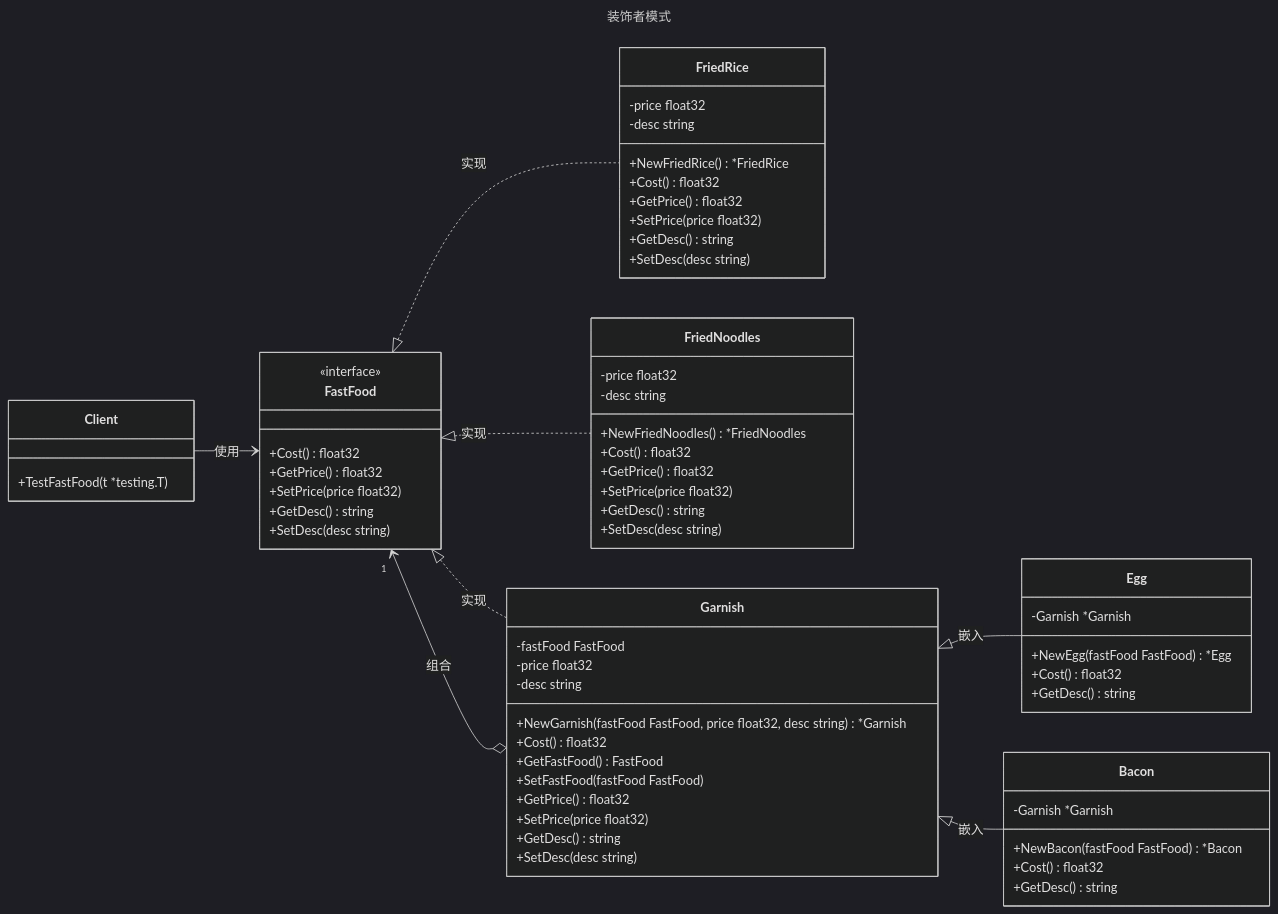
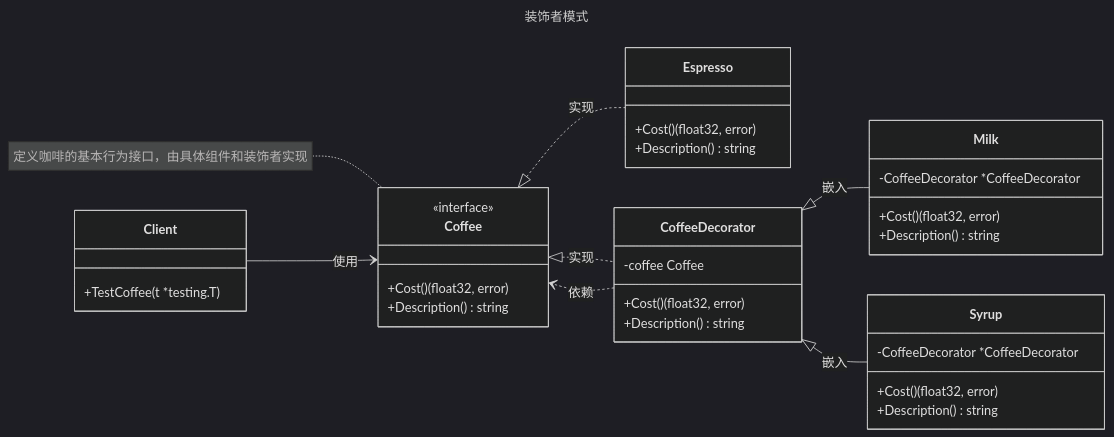
One commit to magicgopher/magicgopher-blog changed the diagram in docs/zh/后端/01-Golang/03-Golang设计模式/10-装饰者模式.md. Above: the diagram before and after it, drawn with Mermaid (dark theme). The commit also changed other lines of this file and 15 other files, not shown here.

````diff
--- a/docs/zh/后端/01-Golang/03-Golang设计模式/10-装饰者模式.md
+++ b/docs/zh/后端/01-Golang/03-Golang设计模式/10-装饰者模式.md
@@ -34,80 +34,50 @@
 classDiagram
     direction LR
 
-    %% 抽象组件（Component）：FastFood 接口
-    class FastFood {
+    %% 抽象组件（Component）：Coffee 接口
+    class Coffee {
         <<interface>>
-        +Cost() float32
-        +GetPrice() float32
-        +SetPrice(price float32)
-        +GetDesc() string
-        +SetDesc(desc string)
+        +Cost() (float32, error)
+        +Description() string
+    }
+    note for Coffee "定义咖啡的基本行为接口，由具体组件和装饰者实现"
+
+    %% 具体组件（Concrete Component）：Espresso
+    class Espresso {
+        +Cost() (float32, error)
+        +Description() string
     }
 
-    %% 具体组件（Concrete Component）：FriedRice 和 FriedNoodles
-    class FriedRice {
-        -price float32
-        -desc string
-        +NewFriedRice() *FriedRice
-        +Cost() float32
-        +GetPrice() float32
-        +SetPrice(price float32)
-        +GetDesc() string
-        +SetDesc(desc string)
+    %% 抽象装饰者（Decorator）：CoffeeDecorator
+    class CoffeeDecorator {
+        -coffee Coffee
+        +Cost() (float32, error)
+        +Description() string
     }
 
-    class FriedNoodles {
-        -price float32
-        -desc string
-        +NewFriedNoodles() *FriedNoodles
-        +Cost() float32
-        +GetPrice() float32
-        +SetPrice(price float32)
-        +GetDesc() string
-        +SetDesc(desc string)
+    %% 具体装饰者（Concrete Decorator）：Milk 和 Syrup
+    class Milk {
+        -CoffeeDecorator *CoffeeDecorator
+        +Cost() (float32, error)
+        +Description() string
     }
 
-    %% 抽象装饰者（Decorator）：Garnish
-    class Garnish {
-        -fastFood FastFood
-        -price float32
-        -desc string
-        +NewGarnish(fastFood FastFood, price float32, desc string) *Garnish
-        +Cost() float32
-        +GetFastFood() FastFood
-        +SetFastFood(fastFood FastFood)
-        +GetPrice() float32
-        +SetPrice(price float32)
-        +GetDesc() string
-        +SetDesc(desc string)
-    }
-
-    %% 具体装饰者（Concrete Decorator）：Egg 和 Bacon
-    class Egg {
-        -Garnish *Garnish
-        +NewEgg(fastFood FastFood) *Egg
-        +Cost() float32
-        +GetDesc() string
-    }
-
-    class Bacon {
-        -Garnish *Garnish
-        +NewBacon(fastFood FastFood) *Bacon
-        +Cost() float32
-        +GetDesc() string
+    class Syrup {
+        -CoffeeDecorator *CoffeeDecorator
+        +Cost() (float32, error)
+        +Description() string
     }
 
     %% 客户端（Client）：Client 类
     class Client {
-        +TestFastFood(t *testing.T)
+        +TestCoffee(t *testing.T)
     }
 
     %% 定义关系
-    FastFood <|.. FriedRice : 实现
-    FastFood <|.. FriedNoodles : 实现
-    FastFood <|.. Garnish : 实现
-    Garnish o--> "1" FastFood : 组合
-    Garnish <|-- Egg : 嵌入
-    Garnish <|-- Bacon : 嵌入
-    Client --> FastFood : 使用
+    Coffee <|.. Espresso : 实现
+    Coffee <|.. CoffeeDecorator : 实现
+    CoffeeDecorator ..> Coffee : 依赖
+    CoffeeDecorator <|-- Milk : 嵌入
+    CoffeeDecorator <|-- Syrup : 嵌入
+    Client --> Coffee : 使用
 ```
````
